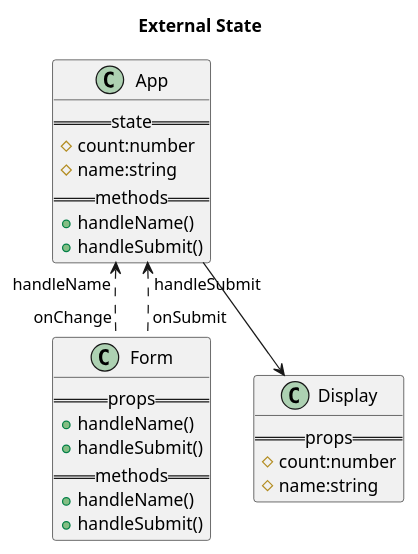
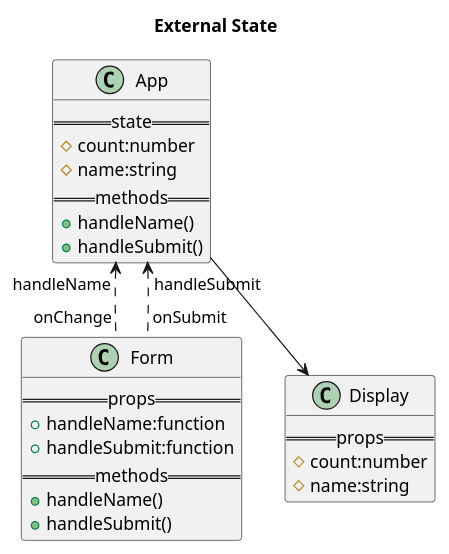
The diagram in external-state.plantuml (401-advanced-javascript-joejemmely/lab-28), drawn with PlantUML before and after one commit.

Commit message:
Update external state uml

```diff
--- a/external-state.plantuml
+++ b/external-state.plantuml
@@ -1,33 +1,33 @@
 @startuml
 
 title External State
 
 class App {
     ==state==
     # count:number
     # name:string
     ==methods==
     +handleName()
     +handleSubmit()
 }
 
 class Form {
     ==props==
-    +handleName()
-    +handleSubmit()
+    +handleName:function
+    +handleSubmit:function
     ==methods==
     +handleName()
     +handleSubmit()
 }
 
 class Display {
     ==props==
     # count:number
     # name:string
 }
 
 App "handleName" <.. "onChange" Form
 App "handleSubmit" <.. "onSubmit" Form
 App --> Display
 
 @enduml
```
